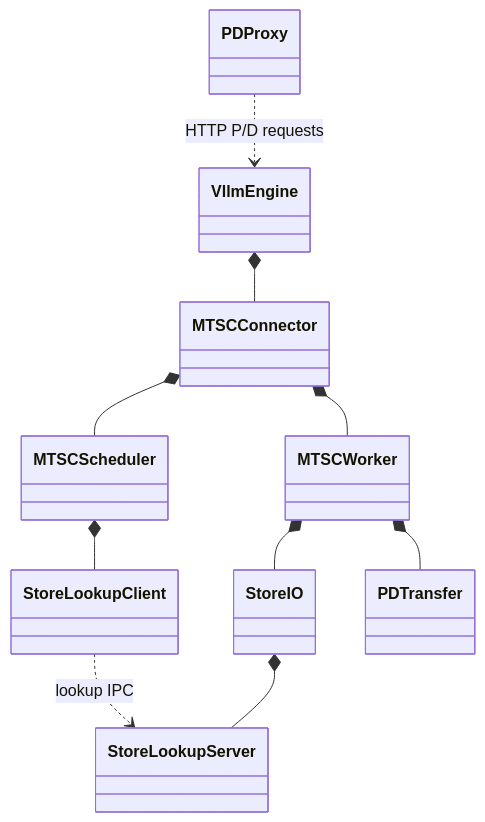
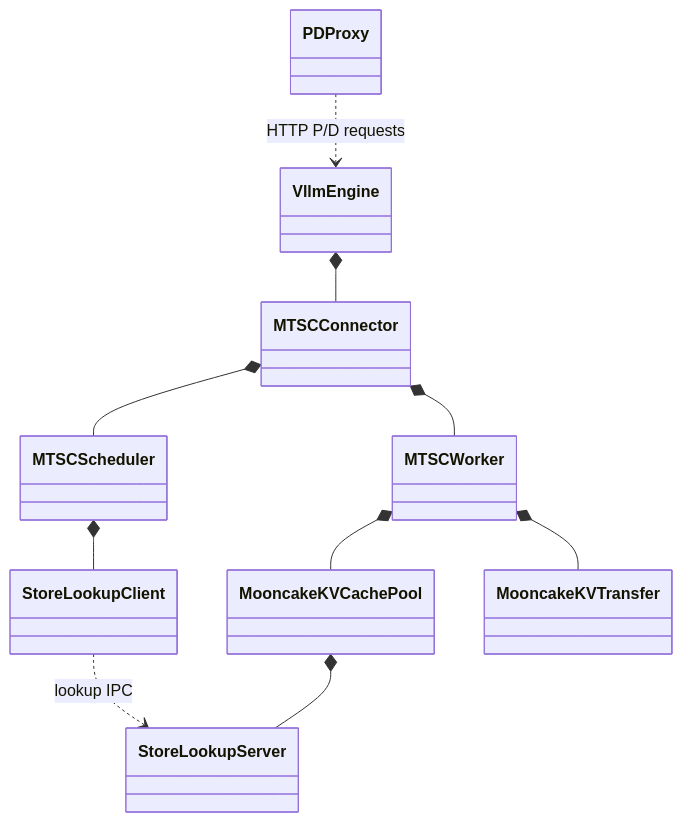
One commit to WangSu-X/MTSC changed the second of 3 diagrams in docs/design/S00-整体设计.md. Above: the diagram before and after it, drawn with Mermaid. The commit also changed other lines of this file and 20 other files, not shown here.

Commit message:
refactor(mtsc): implement Mooncake KVCachePool and KVTransfer

````diff
--- a/docs/design/S00-整体设计.md
+++ b/docs/design/S00-整体设计.md
@@ -91,22 +91,22 @@
 ```mermaid
 classDiagram
     class PDProxy
     class VllmEngine
     class MTSCConnector
     class MTSCScheduler
     class MTSCWorker
     class StoreLookupClient
-    class StoreIO
+    class MooncakeKVCachePool
     class StoreLookupServer
-    class PDTransfer
+    class MooncakeKVTransfer
 
     PDProxy ..> VllmEngine : HTTP P/D requests
     VllmEngine *-- MTSCConnector
     MTSCConnector *-- MTSCScheduler
     MTSCConnector *-- MTSCWorker
     MTSCScheduler *-- StoreLookupClient
-    MTSCWorker *-- StoreIO
-    MTSCWorker *-- PDTransfer
+    MTSCWorker *-- MooncakeKVCachePool
+    MTSCWorker *-- MooncakeKVTransfer
     StoreLookupClient ..> StoreLookupServer : lookup IPC
-    StoreIO *-- StoreLookupServer
+    MooncakeKVCachePool *-- StoreLookupServer
 ```
````
